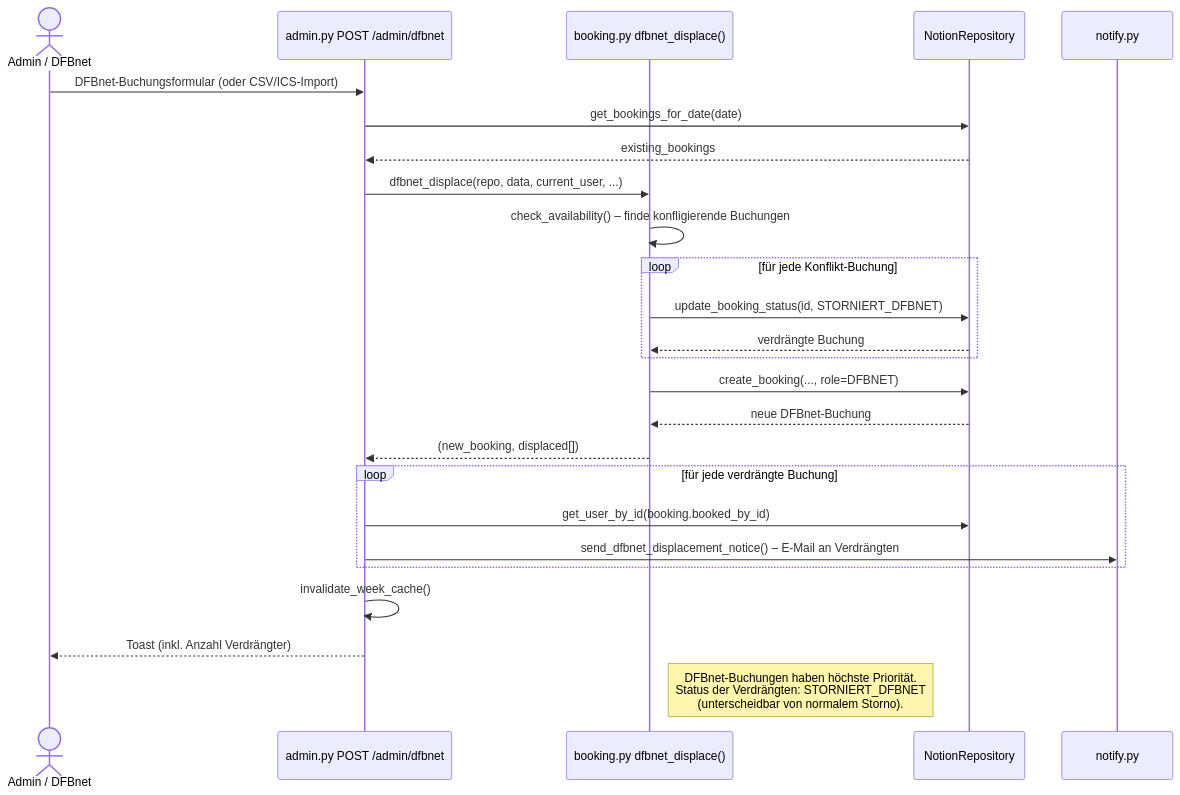
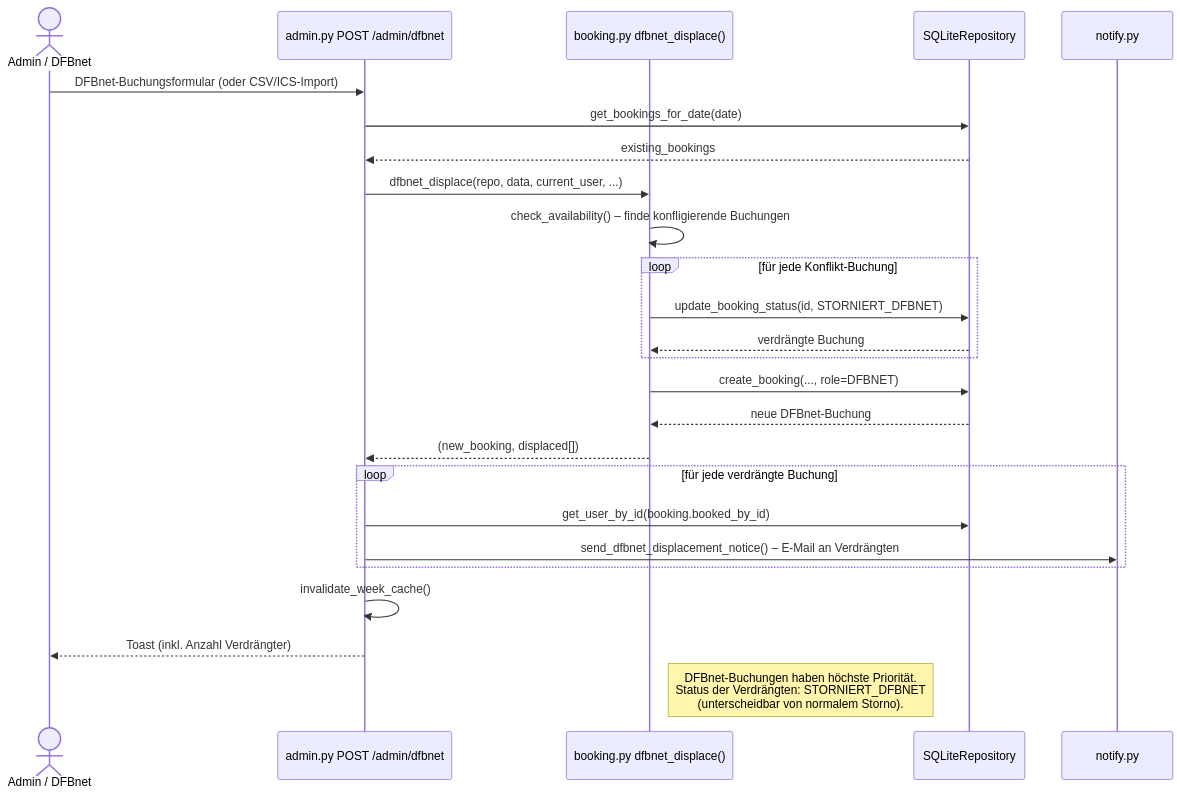
Before and after one commit to MerowingerX/Sportplatz-Buchung: the tenth of 12 diagrams in docs/ARCHITEKTUR.md, drawn with Mermaid. The commit also changed other lines of this file and 12 other files, not shown here.

````diff
--- a/docs/ARCHITEKTUR.md
+++ b/docs/ARCHITEKTUR.md
@@ -581,33 +576,33 @@
 ```mermaid
 sequenceDiagram
     actor Admin as Admin / DFBnet
     participant AD as admin.py POST /admin/dfbnet
     participant LOGIC as booking.py dfbnet_displace()
-    participant NR as NotionRepository
+    participant REPO as SQLiteRepository
     participant MAIL as notify.py
 
     Admin->>AD: DFBnet-Buchungsformular (oder CSV/ICS-Import)
-    AD->>NR: get_bookings_for_date(date)
-    NR-->>AD: existing_bookings
+    AD->>REPO: get_bookings_for_date(date)
+    REPO-->>AD: existing_bookings
     AD->>LOGIC: dfbnet_displace(repo, data, current_user, ...)
     LOGIC->>LOGIC: check_availability() – finde konfligierende Buchungen
 
     loop für jede Konflikt-Buchung
-        LOGIC->>NR: update_booking_status(id, STORNIERT_DFBNET)
-        NR-->>LOGIC: verdrängte Buchung
+        LOGIC->>REPO: update_booking_status(id, STORNIERT_DFBNET)
+        REPO-->>LOGIC: verdrängte Buchung
     end
 
-    LOGIC->>NR: create_booking(..., role=DFBNET)
-    NR-->>LOGIC: neue DFBnet-Buchung
+    LOGIC->>REPO: create_booking(..., role=DFBNET)
+    REPO-->>LOGIC: neue DFBnet-Buchung
     LOGIC-->>AD: (new_booking, displaced[])
 
     loop für jede verdrängte Buchung
-        AD->>NR: get_user_by_id(booking.booked_by_id)
+        AD->>REPO: get_user_by_id(booking.booked_by_id)
         AD->>MAIL: send_dfbnet_displacement_notice() – E-Mail an Verdrängten
     end
 
     AD->>AD: invalidate_week_cache()
     AD-->>Admin: Toast (inkl. Anzahl Verdrängter)
 
     Note right of LOGIC: DFBnet-Buchungen haben höchste Priorität.<br/>Status der Verdrängten: STORNIERT_DFBNET<br/>(unterscheidbar von normalem Storno).
 ```
````
